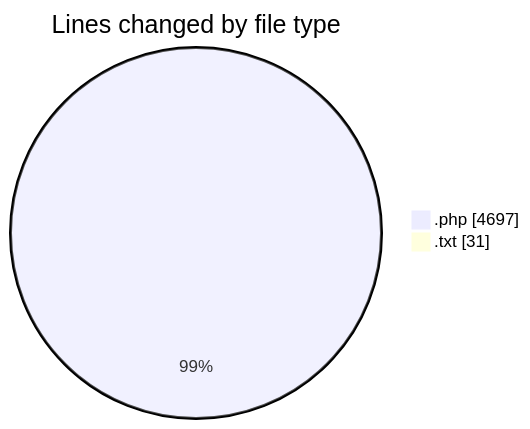
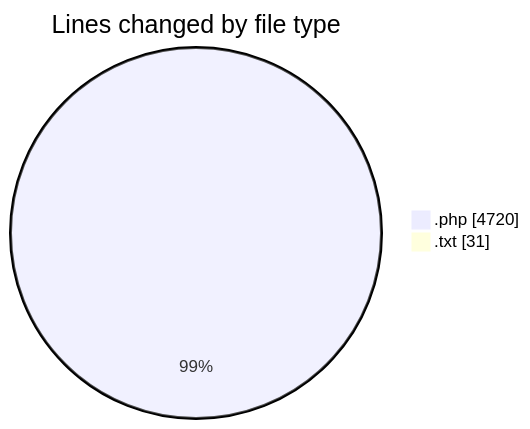
The first of 2 diagrams in 2025-10-17/untitled__workspace_/README.md (debugP/code-tracking), drawn with Mermaid before and after one commit. The commit also changed other lines of this file and 1 other file, not shown here.

````diff
--- a/2025-10-17/untitled__workspace_/README.md
+++ b/2025-10-17/untitled__workspace_/README.md
@@ -23,6 +23,6 @@
 ```mermaid
 pie showData
 title Lines changed by file type
-".php" : 4697
+".php" : 4720
 ".txt" : 31
 ```
````
